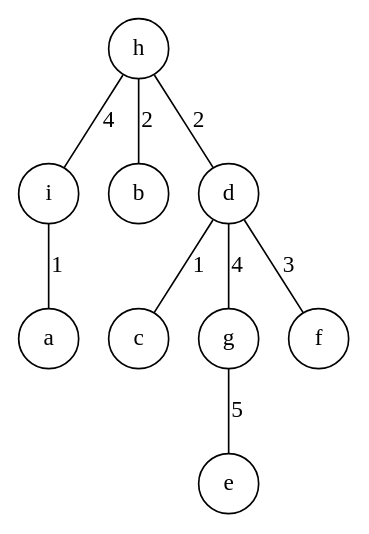
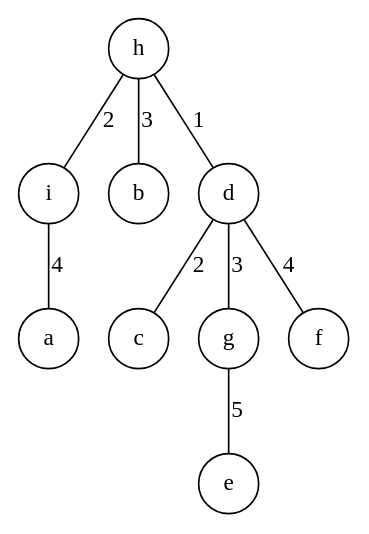
Before and after one commit to ralismark/ralismark.github.io: the fourth of 5 diagrams in _posts/2019-05-28-edge-trees.md, drawn with Graphviz. The commit also changed other lines of this file, not shown here.

Commit message:
Fix up graphs

````diff
--- a/_posts/2019-05-28-edge-trees.md
+++ b/_posts/2019-05-28-edge-trees.md
@@ -104,13 +126,14 @@
 ```dot
+// engine=neato
 graph {
 	node [shape=circle];
-	i -- a [label=1];
-	h -- b [label=2];
-	d -- c [label=1];
+	i -- a [label=4];
+	h -- b [label=3];
+	d -- c [label=2];
 	g -- e [label=5];
-	d -- f [label=3];
-	d -- g [label=4];
-	h -- d [label=2];
-	h -- i [label=4];
+	d -- f [label=4];
+	d -- g [label=3];
+	h -- d [label=1];
+	h -- i [label=2];
 }
 ```
````
